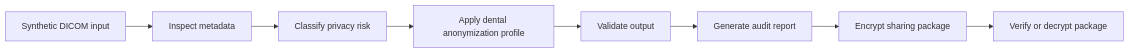
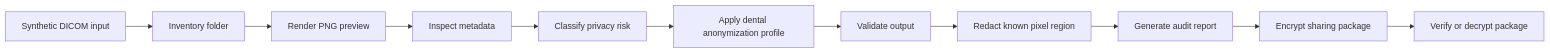
One commit to PEIWEIWU-AYS/PEIWEIWU-AYS-dental-dicom-privacy-toolkit changed the diagram in docs/project-blueprint.md. Above: the diagram before and after it, drawn with Mermaid. The commit also changed other lines of this file and 14 other files, not shown here.

Commit message:
Add DICOM PNG preview workflow

````diff
--- a/docs/project-blueprint.md
+++ b/docs/project-blueprint.md
@@ -21,10 +21,13 @@
 ```mermaid
 flowchart LR
-    A["Synthetic DICOM input"] --> B["Inspect metadata"]
-    B --> C["Classify privacy risk"]
-    C --> D["Apply dental anonymization profile"]
-    D --> E["Validate output"]
-    E --> F["Generate audit report"]
-    F --> G["Encrypt sharing package"]
-    G --> H["Verify or decrypt package"]
+    A["Synthetic DICOM input"] --> B["Inventory folder"]
+    B --> C["Render PNG preview"]
+    C --> D["Inspect metadata"]
+    D --> E["Classify privacy risk"]
+    E --> F["Apply dental anonymization profile"]
+    F --> G["Validate output"]
+    G --> H["Redact known pixel region"]
+    H --> I["Generate audit report"]
+    I --> J["Encrypt sharing package"]
+    J --> K["Verify or decrypt package"]
 ```
````
